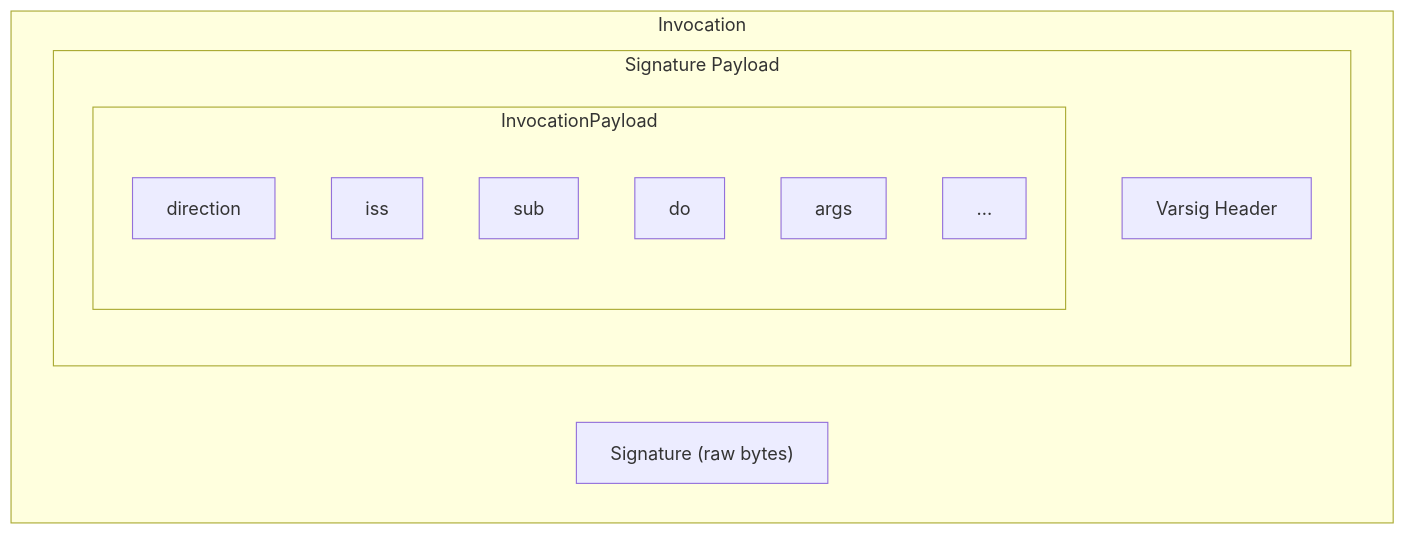
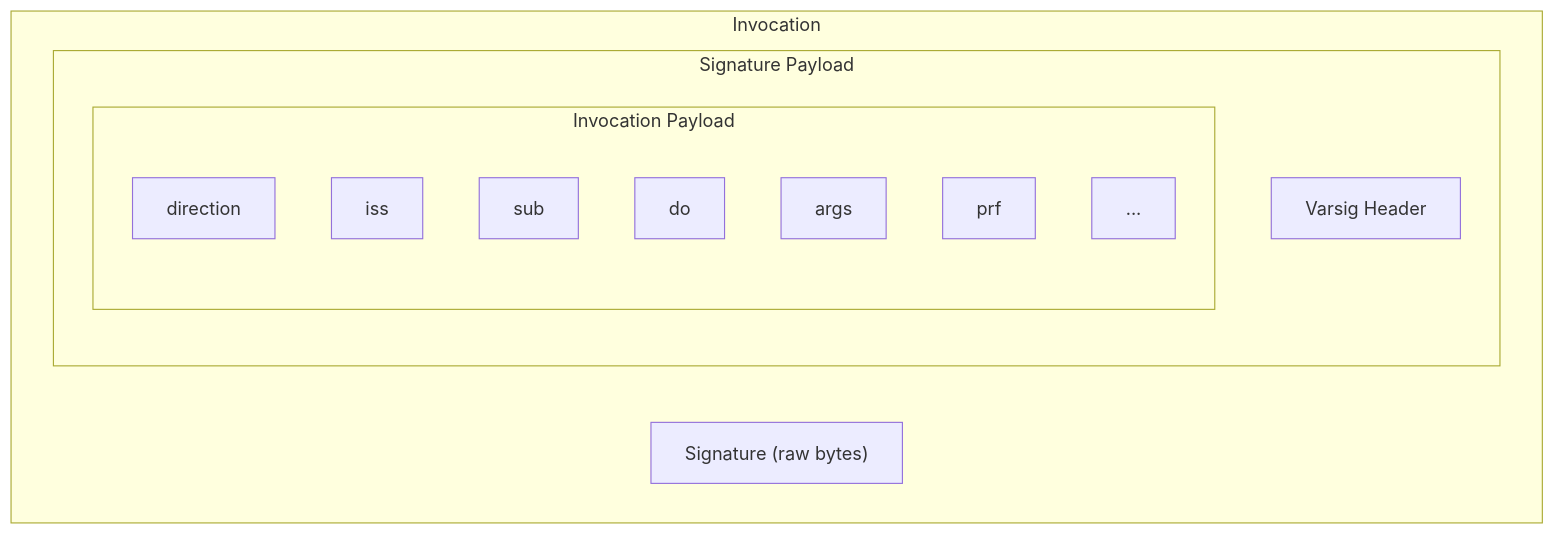
The fourth of 6 diagrams in README.md (ucan-wg/invocation), drawn with Mermaid before and after one commit. The commit also changed other lines of this file, not shown here.

````diff
--- a/README.md
+++ b/README.md
@@ -292,20 +207,21 @@
 ``` mermaid
 flowchart TD
     subgraph Invocation
         SignatureBytes["Signature (raw bytes)"]
       
         subgraph SigPayload ["Signature Payload"]
             VarsigHeader["Varsig Header"]
 
-            subgraph InvocationPayload
+            subgraph InvocationPayload ["Invocation Payload"]
                 direction 
 
                 iss
                 sub
                 do
                 args
+                prf
                 etc["..."]
             end
         end
     end
 ```
````
